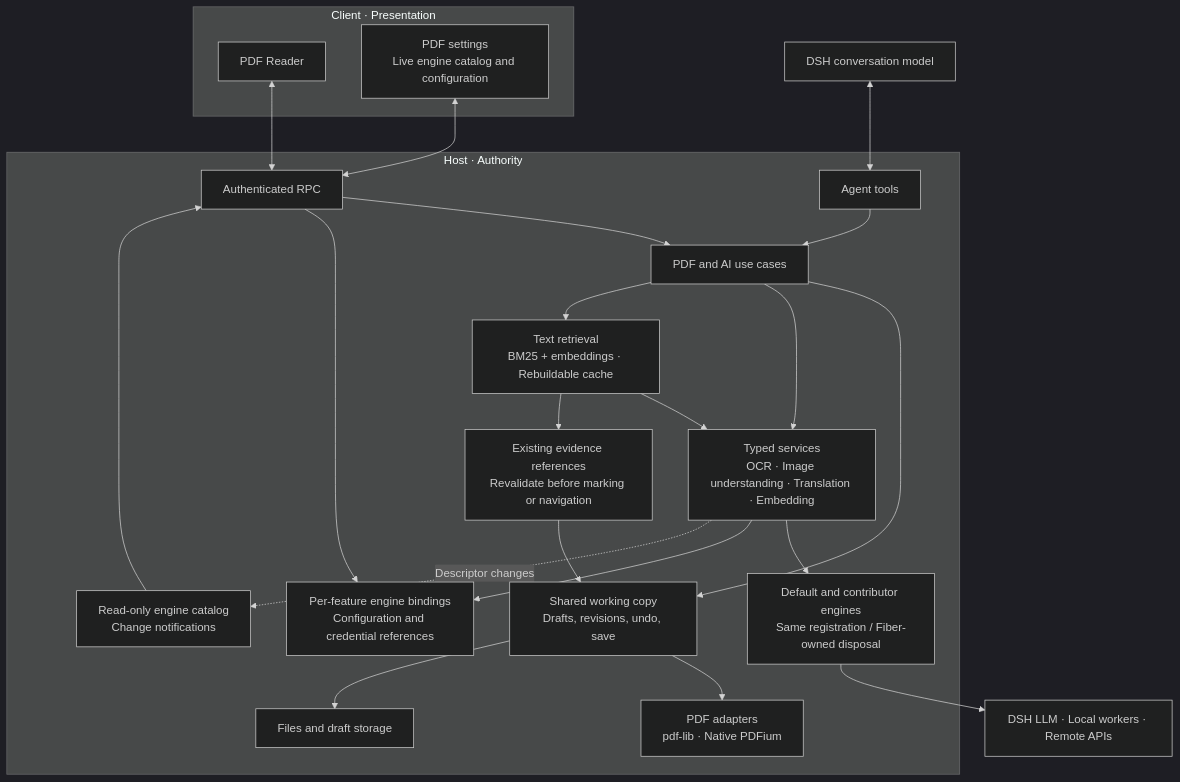
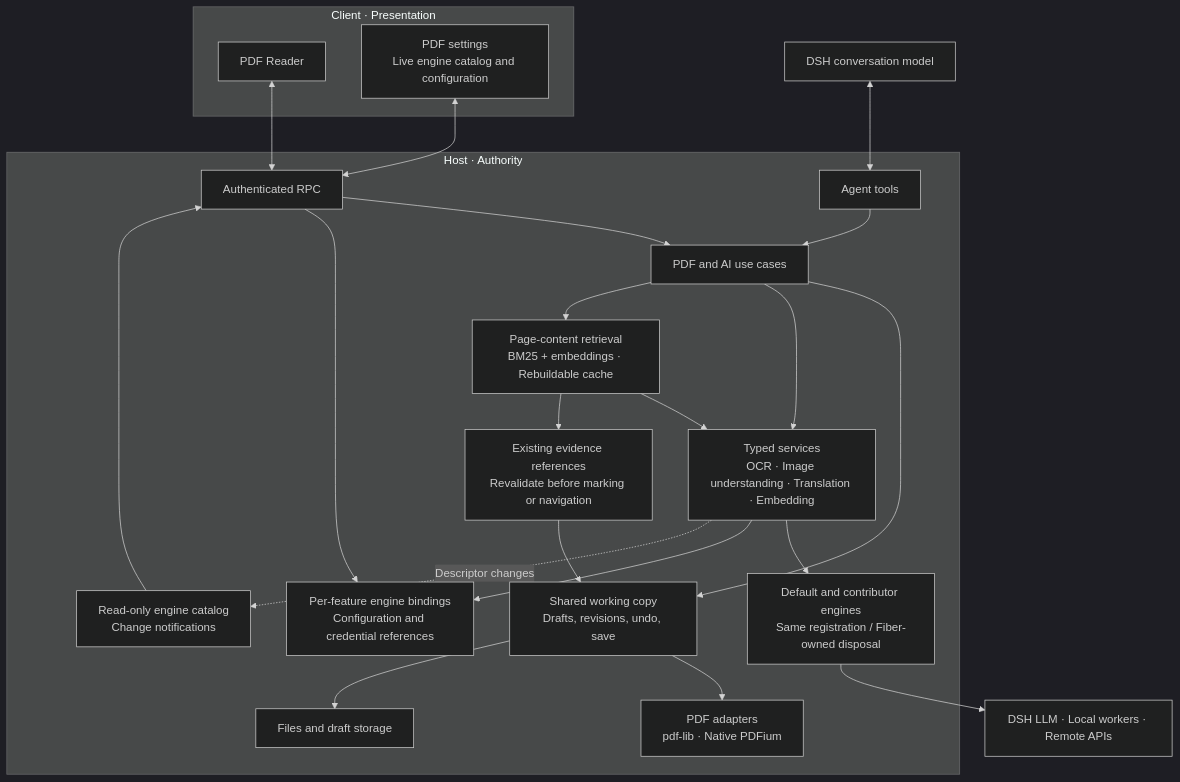
Before and after one commit to dingyiliao/dsh-bundle-pdf: the first of 2 diagrams in README.md, drawn with Mermaid (dark theme). The commit also changed other lines of this file and 346 other files, not shown here.

````diff
--- a/README.md
+++ b/README.md
@@ -86,40 +85,40 @@
 ```mermaid
 flowchart TB
   subgraph Client["Client · Presentation"]
     Reader["PDF Reader"]
     Settings["PDF settings<br/>Live engine catalog and configuration"]
   end
   subgraph Host["Host · Authority"]
     RPC["Authenticated RPC"]
     Tools["Agent tools"]
     Features["PDF and AI use cases"]
     Copy["Shared working copy<br/>Drafts, revisions, undo, save"]
     AI["Typed services<br/>OCR · Image understanding · Translation · Embedding"]
-    Retrieval["Text retrieval<br/>BM25 + embeddings · Rebuildable cache"]
+    Retrieval["Page-content retrieval<br/>BM25 + embeddings · Rebuildable cache"]
     Evidence["Existing evidence references<br/>Revalidate before marking or navigation"]
     Catalog["Read-only engine catalog<br/>Change notifications"]
     Config["Per-feature engine bindings<br/>Configuration and credential references"]
     Backends["Default and contributor engines<br/>Same registration / Fiber-owned disposal"]
     Native["PDF adapters<br/>pdf-lib · Native PDFium"]
     Files["Files and draft storage"]
     RPC --> Features
     Tools --> Features
     Features --> Copy
     Features --> AI
     Features --> Retrieval
     Retrieval --> AI
     Retrieval --> Evidence
     Evidence --> Copy
     Copy --> Native
     Copy --> Files
     AI --> Backends
     AI --> Config
     AI -. "Descriptor changes" .-> Catalog
     Catalog --> RPC
     RPC --> Config
   end
   Reader <--> RPC
   Settings <--> RPC
   Model["DSH conversation model"] <--> Tools
   Backends --> Dependencies["DSH LLM · Local workers · Remote APIs"]
 ```
````
